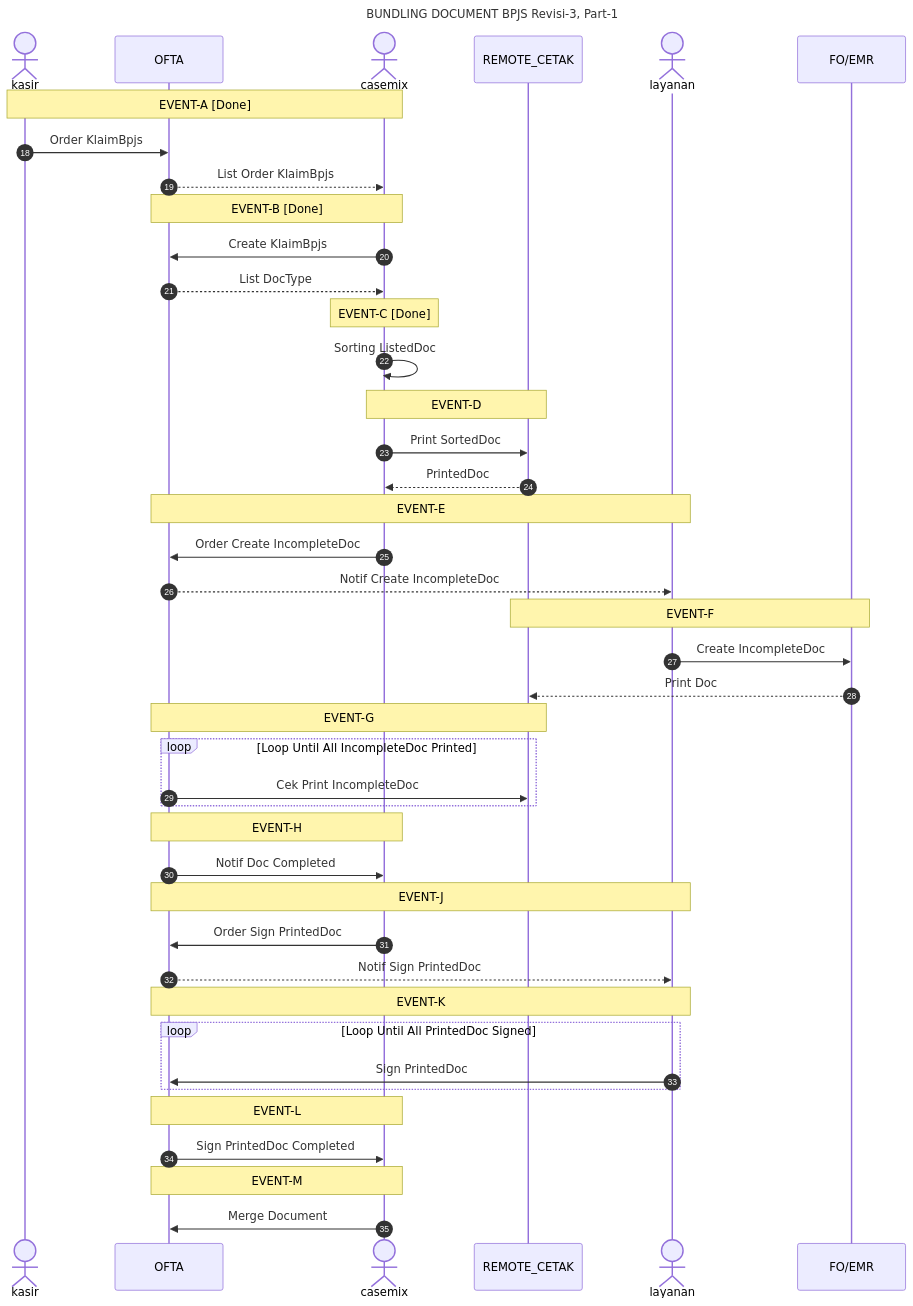
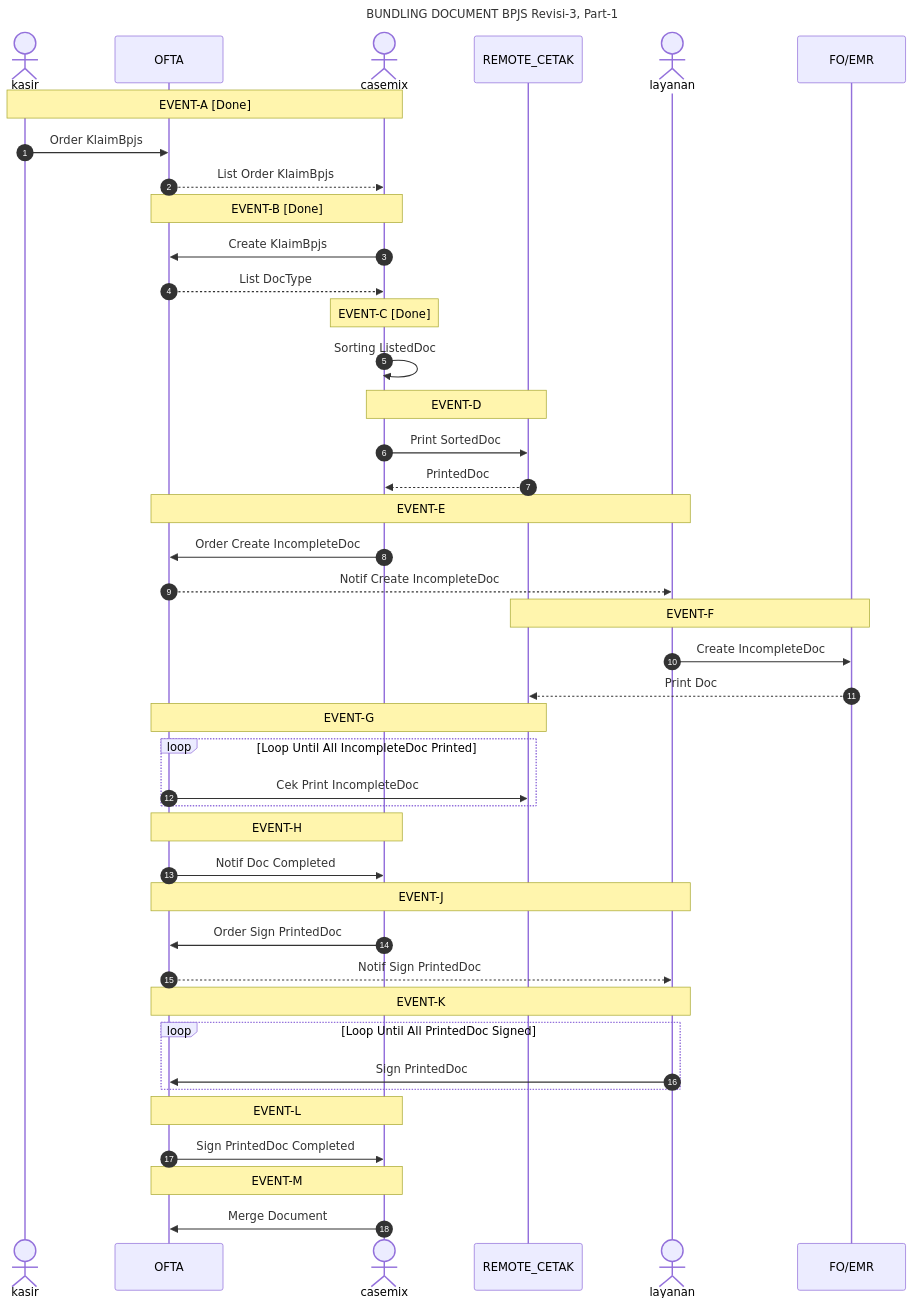
Before and after one commit to smart-ics/b005-ofta-api: the fourth of 4 diagrams in readme.md, drawn with Mermaid. The commit also changed 7 other files, not shown here.

````diff
--- a/readme.md
+++ b/readme.md
@@ -108,58 +108,58 @@
 ```mermaid
 sequenceDiagram
     title BUNDLING DOCUMENT BPJS Revisi-3, Part-1
     actor kasir
     participant OFTA
     actor casemix
     participant REMOTE_CETAK
     actor layanan
     participant FO/EMR
-    autonumber 18
+    autonumber 1
 
     note over kasir, casemix: EVENT-A [Done]
     kasir ->> OFTA: Order KlaimBpjs 
     OFTA -->> casemix: List Order KlaimBpjs 
 
     note over OFTA, casemix: EVENT-B [Done]
     casemix ->> OFTA: Create KlaimBpjs
     OFTA -->> casemix: List DocType
 
     note over casemix: EVENT-C [Done]
     casemix ->> casemix: Sorting ListedDoc
     
     note over casemix, REMOTE_CETAK: EVENT-D
     casemix ->> REMOTE_CETAK: Print SortedDoc
     REMOTE_CETAK -->> casemix : PrintedDoc
 
     note over OFTA, layanan: EVENT-E
     casemix ->> OFTA: Order Create IncompleteDoc 
     OFTA -->> layanan: Notif Create IncompleteDoc
     
     note over REMOTE_CETAK, FO/EMR: EVENT-F
     layanan ->> FO/EMR : Create IncompleteDoc
     FO/EMR -->> REMOTE_CETAK: Print Doc
 
     note over OFTA, REMOTE_CETAK: EVENT-G
     loop Loop Until All IncompleteDoc Printed
         OFTA ->> REMOTE_CETAK : Cek Print IncompleteDoc
     end
     
     note over OFTA, casemix: EVENT-H
     OFTA ->> casemix : Notif Doc Completed
 
     note over OFTA, layanan: EVENT-J
     casemix ->> OFTA: Order Sign PrintedDoc
     OFTA -->> layanan: Notif Sign PrintedDoc
 
 
     note over OFTA, layanan: EVENT-K
     loop Loop Until All PrintedDoc Signed
         layanan ->> OFTA: Sign PrintedDoc
     end
 
     note over OFTA, casemix: EVENT-L
     OFTA ->> casemix: Sign PrintedDoc Completed
 
     note over OFTA, casemix: EVENT-M
     casemix ->> OFTA: Merge Document
 ```
````
